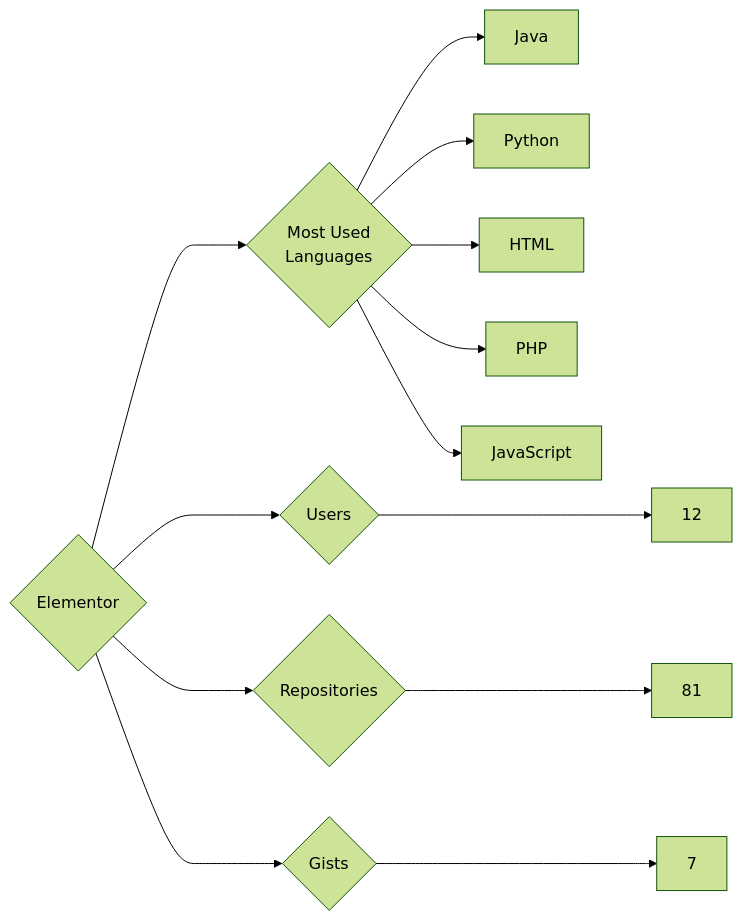
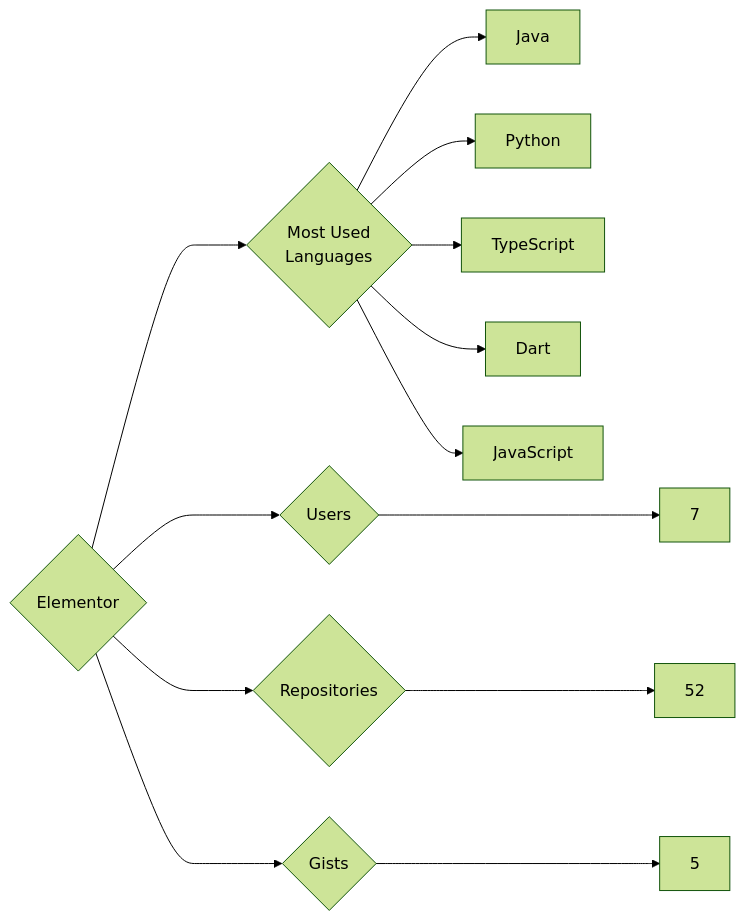
Before and after one commit to trickest/insiders: the diagram in targets/Elementor/README.md, drawn with Mermaid (forest theme). The commit also changed 618 other files, not shown here.

````diff
--- a/targets/Elementor/README.md
+++ b/targets/Elementor/README.md
@@ -3,13 +3,13 @@
 ```mermaid
 graph LR
 COMPANY_NAME{Elementor}
-COMPANY_NAME ---> U{Users} ---> UN[12]
-COMPANY_NAME ---> R{Repositories} ---> RN[81]
-COMPANY_NAME ---> G{Gists} ---> GN[7]
+COMPANY_NAME ---> U{Users} ---> UN[7]
+COMPANY_NAME ---> R{Repositories} ---> RN[52]
+COMPANY_NAME ---> G{Gists} ---> GN[5]
 COMPANY_NAME ---> ML{Most Used<br>Languages}
 ML --> Java[Java]
 ML --> Python[Python]
-ML --> HTML[HTML]
-ML --> PHP[PHP]
+ML --> TypeScript[TypeScript]
+ML --> Dart[Dart]
 ML --> JavaScript[JavaScript]
 ```
````
